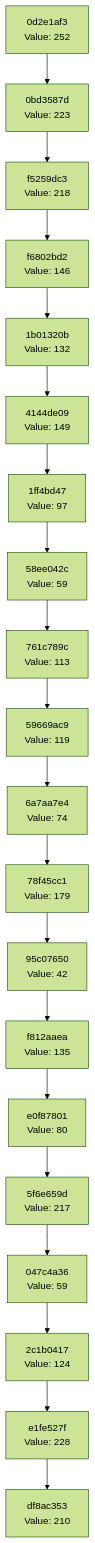
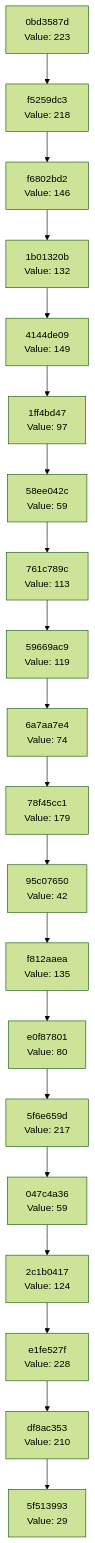
One commit to Abhisheksinha1506/hash-chain-evolver changed the diagram in docs/CHAIN_VISUALIZATION.md. Above: the diagram before and after it, drawn with Mermaid (forest theme). The commit also changed 2 other files, not shown here.

Commit message:
Evolution step: hash 0x1D → action executed

````diff
--- a/docs/CHAIN_VISUALIZATION.md
+++ b/docs/CHAIN_VISUALIZATION.md
@@ -3,42 +3,42 @@
 ```mermaid
 graph TD
-    C0["df8ac353<br/>Value: 210"]
-    C1["e1fe527f<br/>Value: 228"]
+    C0["5f513993<br/>Value: 29"]
+    C1["df8ac353<br/>Value: 210"]
     C1 --> C0
-    C2["2c1b0417<br/>Value: 124"]
+    C2["e1fe527f<br/>Value: 228"]
     C2 --> C1
-    C3["047c4a36<br/>Value: 59"]
+    C3["2c1b0417<br/>Value: 124"]
     C3 --> C2
-    C4["5f6e659d<br/>Value: 217"]
+    C4["047c4a36<br/>Value: 59"]
     C4 --> C3
-    C5["e0f87801<br/>Value: 80"]
+    C5["5f6e659d<br/>Value: 217"]
     C5 --> C4
-    C6["f812aaea<br/>Value: 135"]
+    C6["e0f87801<br/>Value: 80"]
     C6 --> C5
-    C7["95c07650<br/>Value: 42"]
+    C7["f812aaea<br/>Value: 135"]
     C7 --> C6
-    C8["78f45cc1<br/>Value: 179"]
+    C8["95c07650<br/>Value: 42"]
     C8 --> C7
-    C9["6a7aa7e4<br/>Value: 74"]
+    C9["78f45cc1<br/>Value: 179"]
     C9 --> C8
-    C10["59669ac9<br/>Value: 119"]
+    C10["6a7aa7e4<br/>Value: 74"]
     C10 --> C9
-    C11["761c789c<br/>Value: 113"]
+    C11["59669ac9<br/>Value: 119"]
     C11 --> C10
-    C12["58ee042c<br/>Value: 59"]
+    C12["761c789c<br/>Value: 113"]
     C12 --> C11
-    C13["1ff4bd47<br/>Value: 97"]
+    C13["58ee042c<br/>Value: 59"]
     C13 --> C12
-    C14["4144de09<br/>Value: 149"]
+    C14["1ff4bd47<br/>Value: 97"]
     C14 --> C13
-    C15["1b01320b<br/>Value: 132"]
+    C15["4144de09<br/>Value: 149"]
     C15 --> C14
-    C16["f6802bd2<br/>Value: 146"]
+    C16["1b01320b<br/>Value: 132"]
     C16 --> C15
-    C17["f5259dc3<br/>Value: 218"]
+    C17["f6802bd2<br/>Value: 146"]
     C17 --> C16
-    C18["0bd3587d<br/>Value: 223"]
+    C18["f5259dc3<br/>Value: 218"]
     C18 --> C17
-    C19["0d2e1af3<br/>Value: 252"]
+    C19["0bd3587d<br/>Value: 223"]
     C19 --> C18
 ```
````
